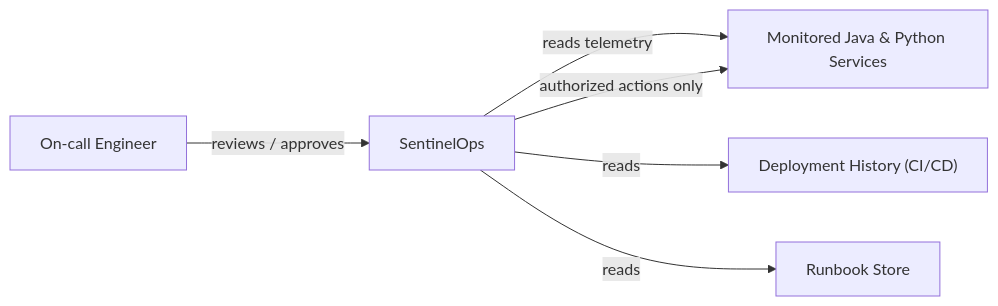
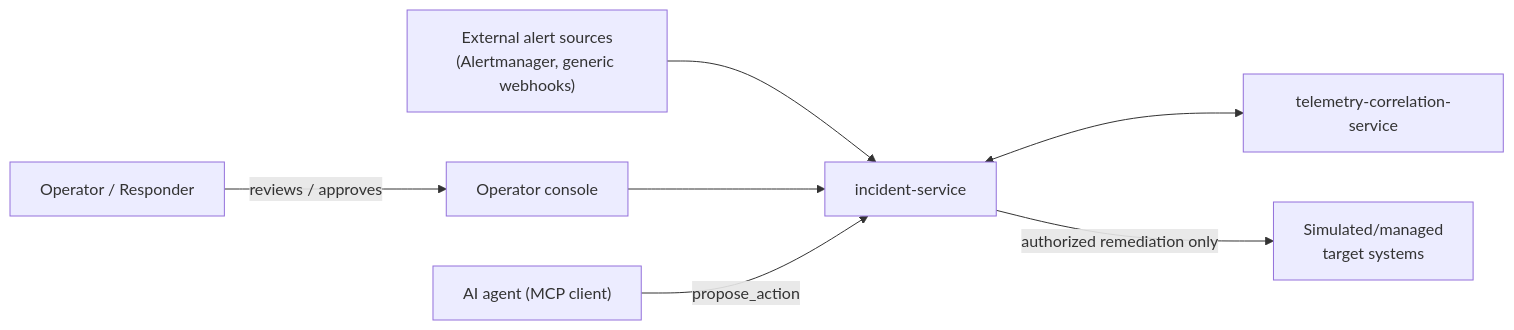
One commit to ashah5123/SentinelOps changed the first of 2 diagrams in docs/architecture/system-overview.md. Above: the diagram before and after it, drawn with Mermaid. The commit also changed other lines of this file and 9 other files, not shown here.

````diff
--- a/docs/architecture/system-overview.md
+++ b/docs/architecture/system-overview.md
@@ -14,8 +15,9 @@
 ```mermaid
 flowchart LR
-    Eng["On-call Engineer"] -- reviews / approves --> SentinelOps
-    SentinelOps -- reads telemetry --> Monitored["Monitored Java & Python Services"]
-    SentinelOps -- reads --> Deploys["Deployment History (CI/CD)"]
-    SentinelOps -- reads --> Runbooks["Runbook Store"]
-    SentinelOps -- authorized actions only --> Monitored
+    Ext["External alert sources<br/>(Alertmanager, generic webhooks)"] --> IS[incident-service]
+    Op["Operator / Responder"] -- reviews / approves --> Console[Operator console]
+    Console --> IS
+    Agent["AI agent (MCP client)"] -- propose_action --> IS
+    IS <--> TS[telemetry-correlation-service]
+    IS -- authorized remediation only --> Sim["Simulated/managed<br/>target systems"]
 ```
````
